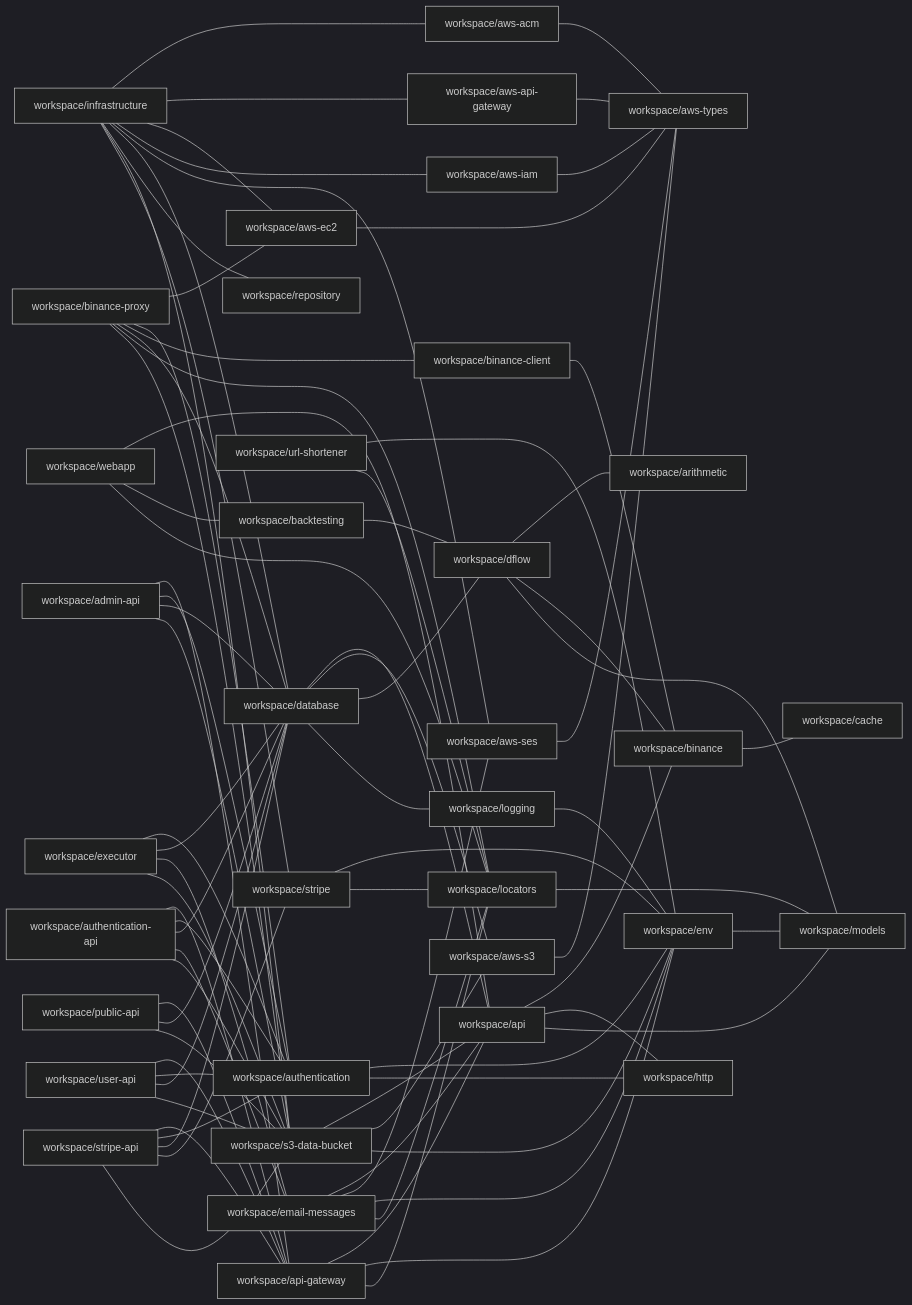
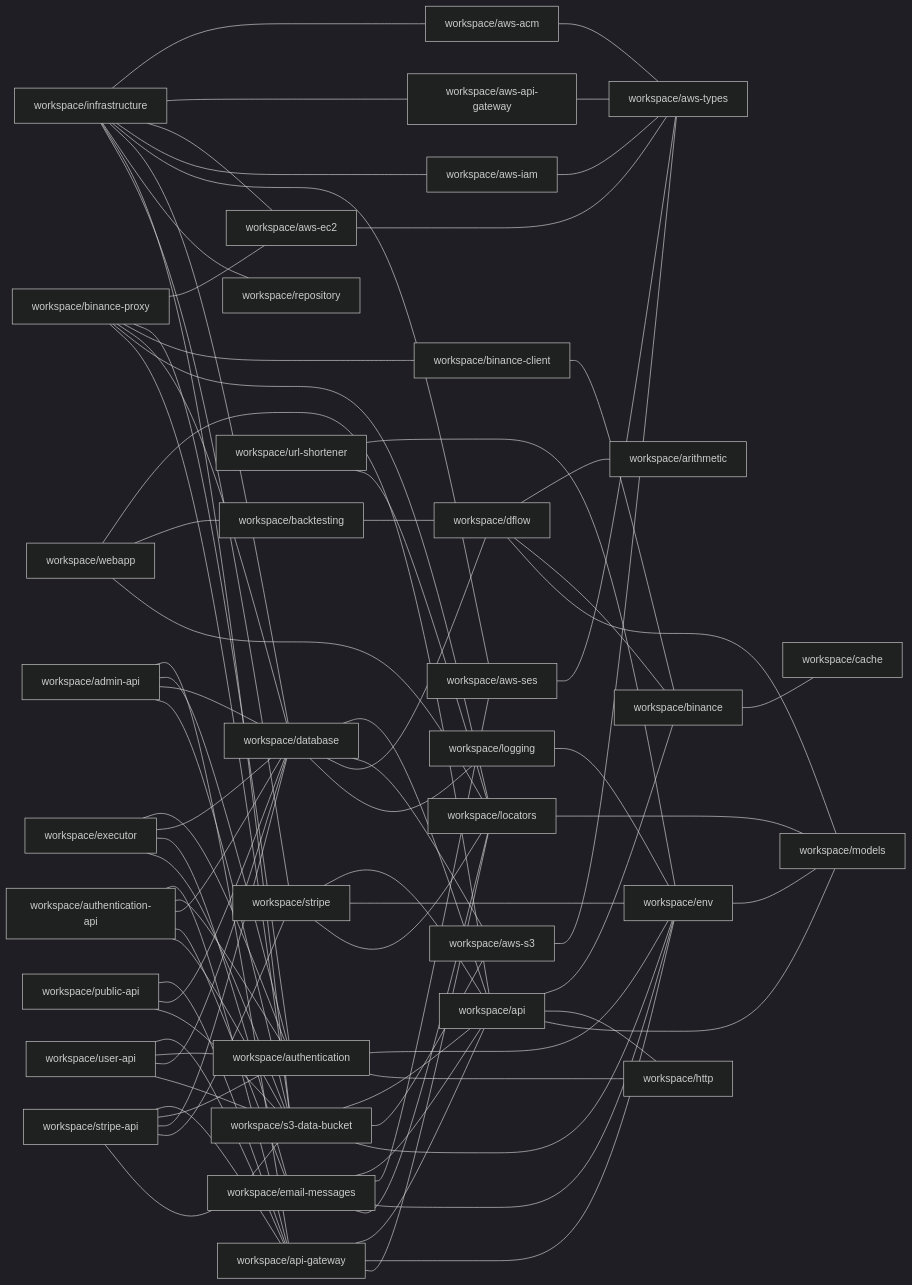
The diagram in repository/docs/npm-dependencies.md (ggbot-org/ggbot), drawn with Mermaid (dark theme) before and after one commit. The commit also changed 26 other files, not shown here.

```diff
--- a/repository/docs/npm-dependencies.md
+++ b/repository/docs/npm-dependencies.md
@@ -69,6 +69,7 @@
     workspace/s3-data-bucket --- workspace/api
     workspace/s3-data-bucket --- workspace/aws-s3
     workspace/s3-data-bucket --- workspace/env
+    workspace/stripe --- workspace/api
     workspace/stripe --- workspace/env
     workspace/stripe --- workspace/locators
     workspace/stripe-api --- workspace/api-gateway
```
